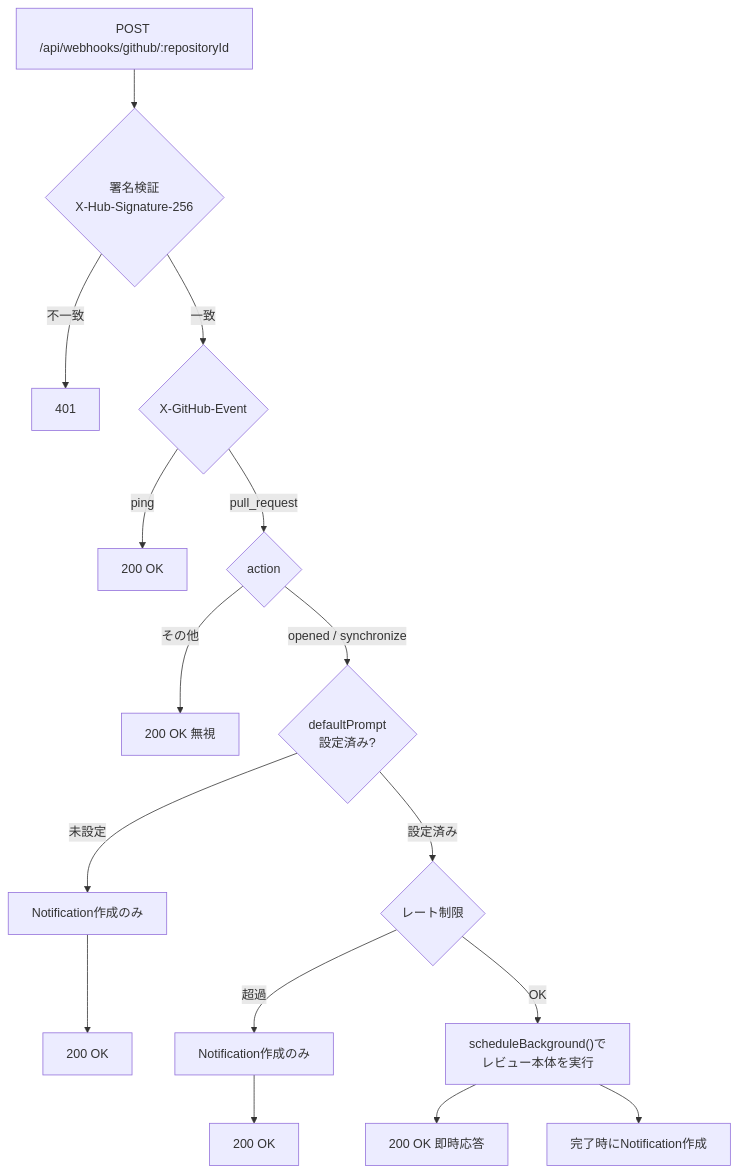
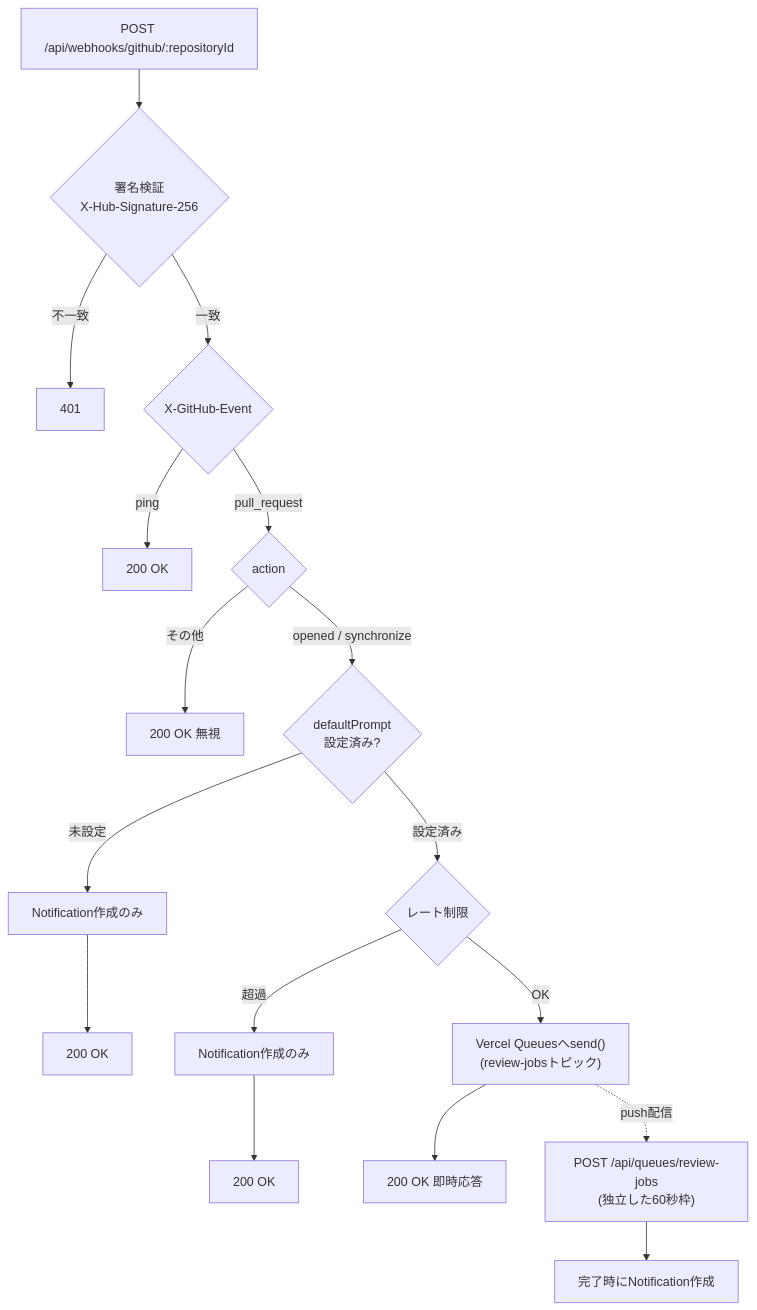
One commit to takubo29new/ai-forge changed the third of 3 diagrams in docs/phases/phase2-design.md. Above: the diagram before and after it, drawn with Mermaid. The commit also changed other lines of this file, not shown here.

First line of the commit message:
docs: Webhook自動レビューの非同期化(Vercel Queues移行)を設計書に反映

````diff
--- a/docs/phases/phase2-design.md
+++ b/docs/phases/phase2-design.md
@@ -177,15 +179,15 @@
 ```mermaid
 flowchart TD
     Recv["POST /api/webhooks/github/:repositoryId"] --> Sig{署名検証<br/>X-Hub-Signature-256}
     Sig -- 不一致 --> R401[401]
     Sig -- 一致 --> Event{X-GitHub-Event}
     Event -- ping --> R200a[200 OK]
     Event -- pull_request --> Action{action}
     Action -- その他 --> R200b[200 OK 無視]
     Action -- "opened / synchronize" --> Prompt{defaultPrompt<br/>設定済み?}
     Prompt -- 未設定 --> Notify1[Notification作成のみ] --> R200c[200 OK]
     Prompt -- 設定済み --> RateLimit{レート制限}
     RateLimit -- 超過 --> Notify2[Notification作成のみ] --> R200d[200 OK]
-    RateLimit -- OK --> BG["scheduleBackground()で<br/>レビュー本体を実行"] --> R200e[200 OK 即時応答]
-    BG --> Done[完了時にNotification作成]
+    RateLimit -- OK --> Send["Vercel Queuesへsend()<br/>(review-jobsトピック)"] --> R200e[200 OK 即時応答]
+    Send -.push配信.-> Consumer["POST /api/queues/review-jobs<br/>(独立した60秒枠)"] --> Done[完了時にNotification作成]
 ```
````
